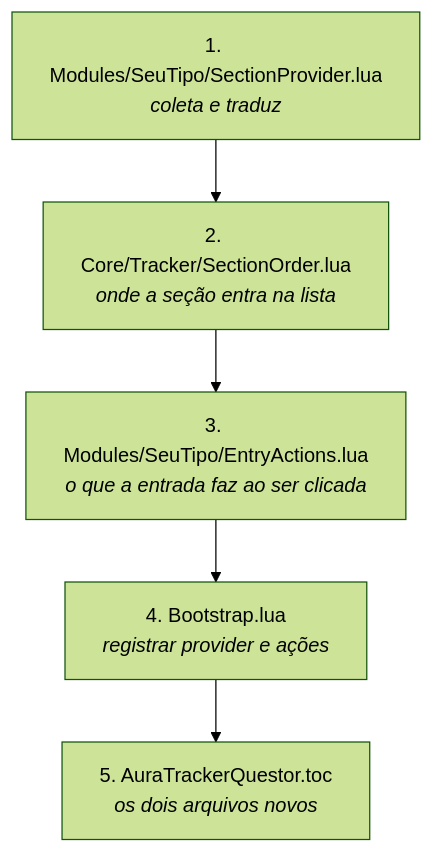
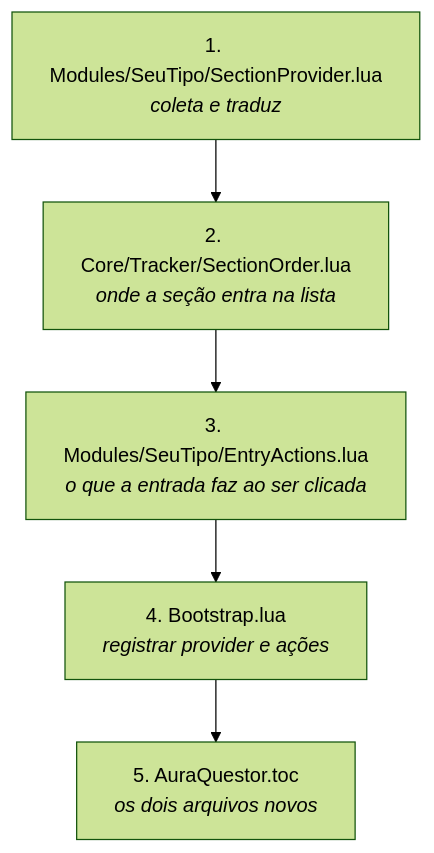
One commit to lucascodev/aura-questor changed the diagram in docs/adicionar-conteudo.md. Above: the diagram before and after it, drawn with Mermaid (forest theme). The commit also changed 6 other files, not shown here.

````diff
--- a/docs/adicionar-conteudo.md
+++ b/docs/adicionar-conteudo.md
@@ -8,10 +8,10 @@
 ```mermaid
 flowchart TD
     A["1. Modules/SeuTipo/SectionProvider.lua<br/><i>coleta e traduz</i>"]
     B["2. Core/Tracker/SectionOrder.lua<br/><i>onde a seção entra na lista</i>"]
     C["3. Modules/SeuTipo/EntryActions.lua<br/><i>o que a entrada faz ao ser clicada</i>"]
     D["4. Bootstrap.lua<br/><i>registrar provider e ações</i>"]
-    E["5. AuraTrackerQuestor.toc<br/><i>os dois arquivos novos</i>"]
+    E["5. AuraQuestor.toc<br/><i>os dois arquivos novos</i>"]
 
     A --> B --> C --> D --> E
 ```
````
